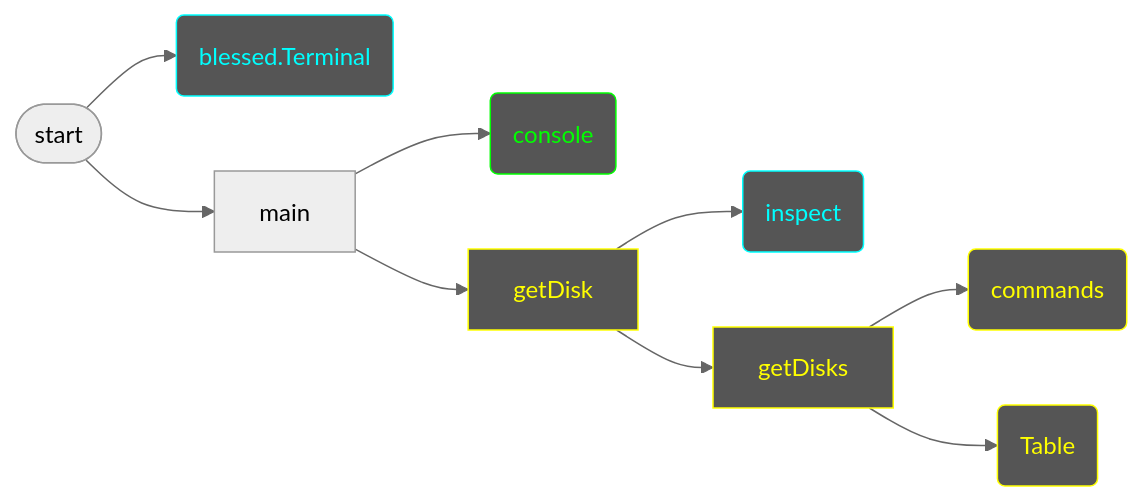
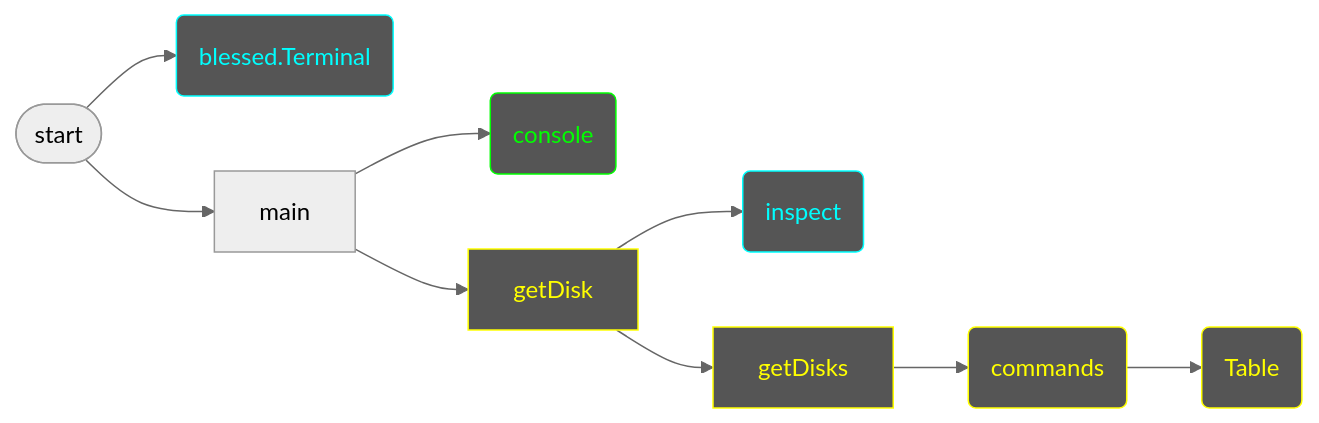
Before and after one commit to 7s4e/p3: the diagram in scripts/get_disk/design.md, drawn with Mermaid (neutral theme).

Commit message:
connect TBL to CMD

````diff
--- a/scripts/get_disk/design.md
+++ b/scripts/get_disk/design.md
@@ -2,30 +2,30 @@
 ```mermaid
 flowchart LR
     classDef complete color:#0f0,stroke:#0f0,fill:#555
     classDef working color:#ff0,stroke:#ff0,fill:#555
     classDef library color:#0ff,stroke:#0ff,fill:#555
     IF([start])
         IF --> TRM
         IF --> MAIN
     TRM(blessed.Terminal)
         TRM:::library
     MAIN[main]
         MAIN --> CON
         MAIN --> GD
     CON(console)
         CON:::complete
     GD[getDisk]
         GD:::working
         GD --> INSP
         GD --> GDS
     INSP(inspect)
         INSP:::library
     GDS[getDisks]
         GDS:::working
         GDS --> CMD
-        GDS --> TBL
     CMD(commands)
         CMD:::working
+        CMD --> TBL
     TBL(Table)
         TBL:::working
 ```
````
